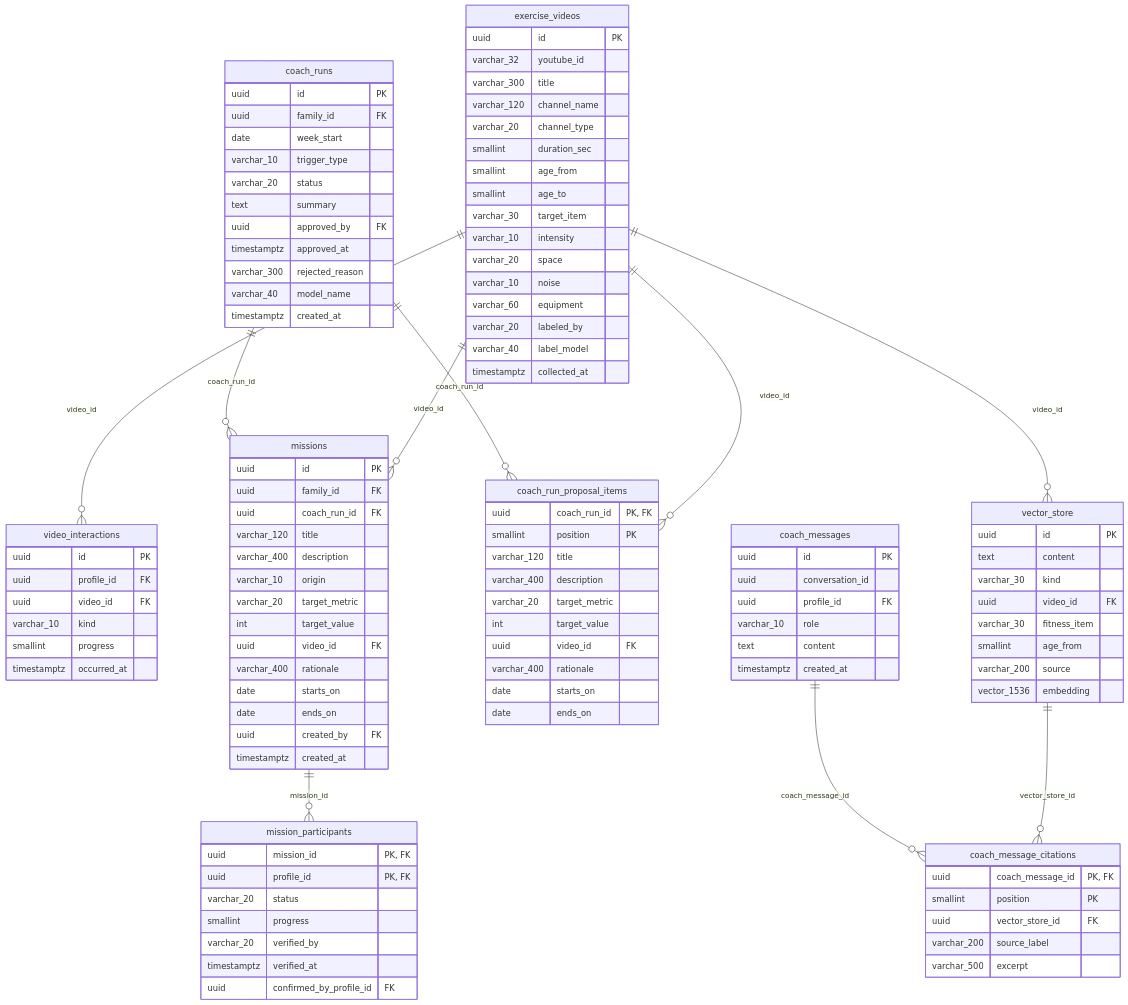
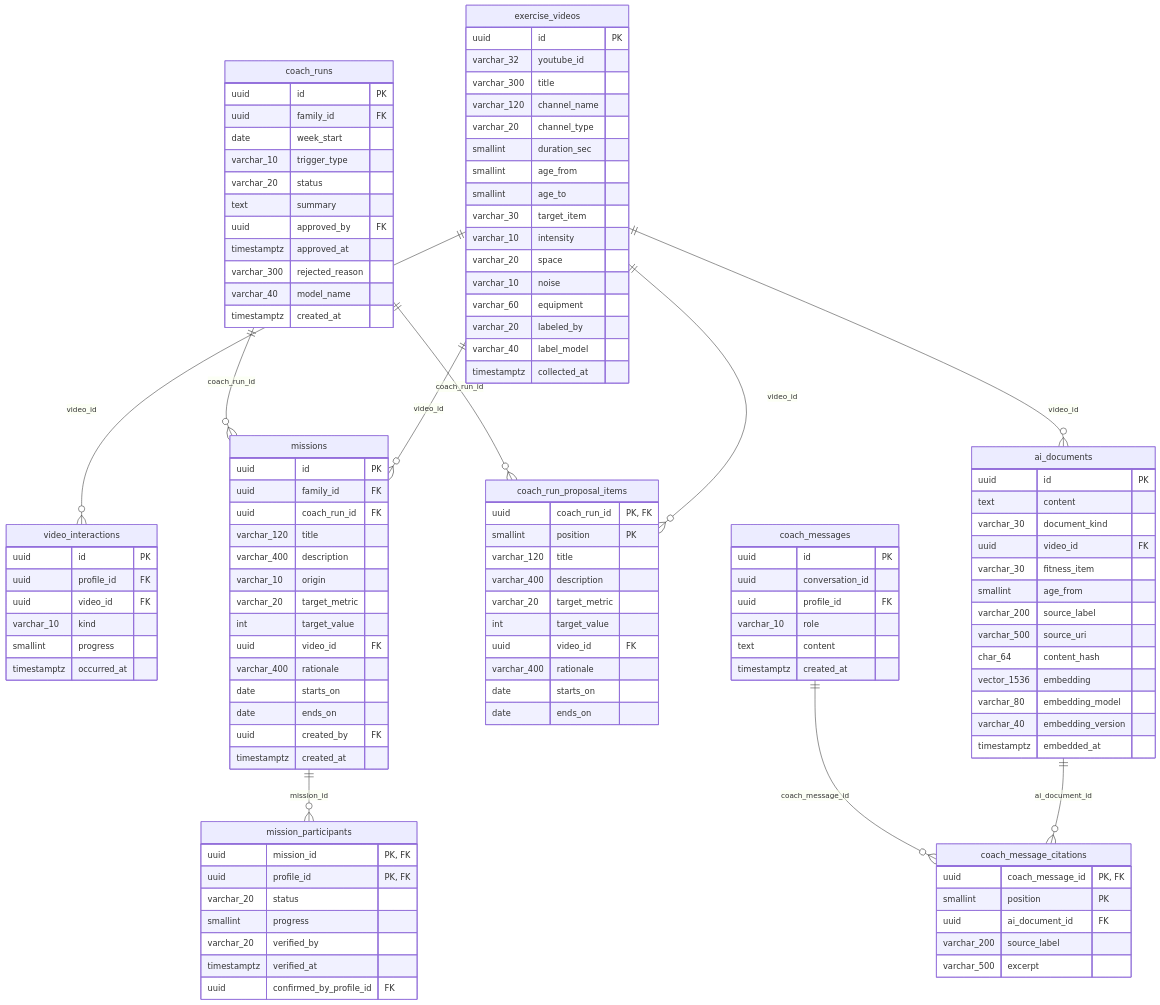
Before and after one commit to BORB-CHOI/family-fitness: the fifth of 5 diagrams in docs/erd.md, drawn with Mermaid. The commit also changed other lines of this file and 4 other files, not shown here.

````diff
--- a/docs/erd.md
+++ b/docs/erd.md
@@ -213,15 +229,20 @@
         smallint progress
         timestamptz occurred_at
     }
-    vector_store {
+    ai_documents {
         uuid id "PK"
         text content
-        varchar_30 kind
+        varchar_30 document_kind
         uuid video_id "FK"
         varchar_30 fitness_item
         smallint age_from
-        varchar_200 source
+        varchar_200 source_label
+        varchar_500 source_uri
+        char_64 content_hash
         vector_1536 embedding
+        varchar_80 embedding_model
+        varchar_40 embedding_version
+        timestamptz embedded_at
     }
     coach_runs {
         uuid id "PK"
@@ -284,7 +305,7 @@
     coach_message_citations {
         uuid coach_message_id "PK, FK"
         smallint position "PK"
-        uuid vector_store_id "FK"
+        uuid ai_document_id "FK"
         varchar_200 source_label
         varchar_500 excerpt
     }
@@ -293,8 +314,8 @@
     coach_runs ||--o{ coach_run_proposal_items : "coach_run_id"
     exercise_videos ||--o{ missions : "video_id"
     exercise_videos ||--o{ coach_run_proposal_items : "video_id"
-    exercise_videos ||--o{ vector_store : "video_id"
+    exercise_videos ||--o{ ai_documents : "video_id"
     missions ||--o{ mission_participants : "mission_id"
     coach_messages ||--o{ coach_message_citations : "coach_message_id"
-    vector_store ||--o{ coach_message_citations : "vector_store_id"
+    ai_documents ||--o{ coach_message_citations : "ai_document_id"
 ```
````
